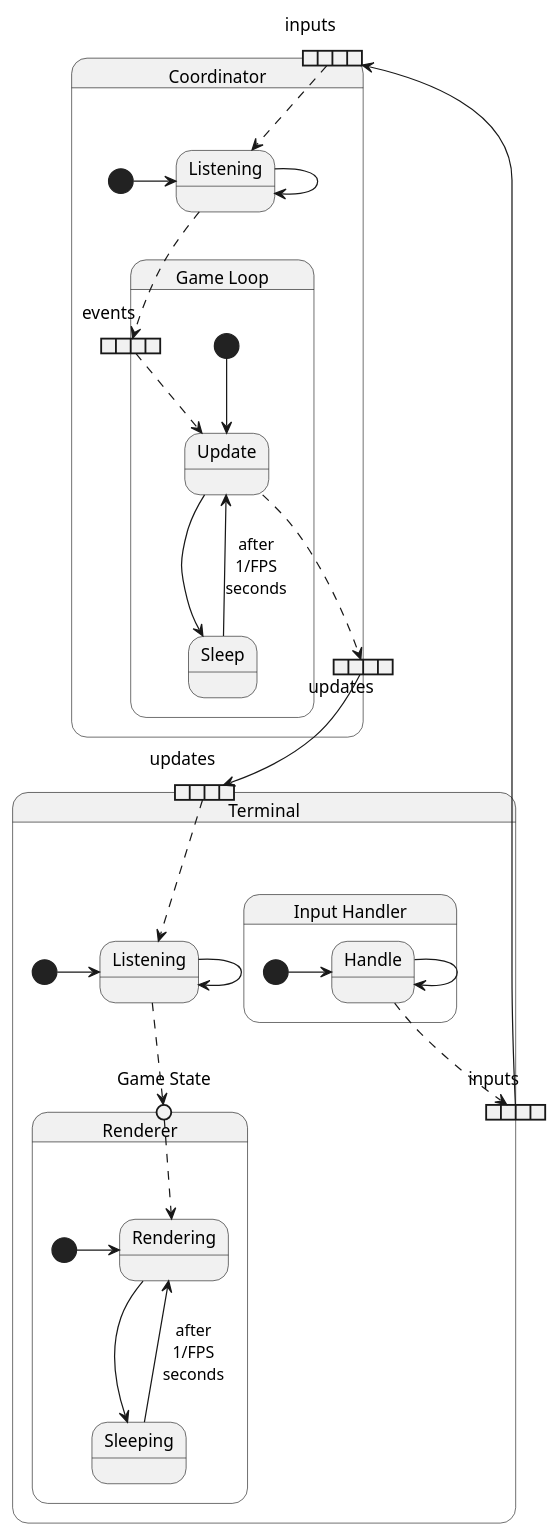
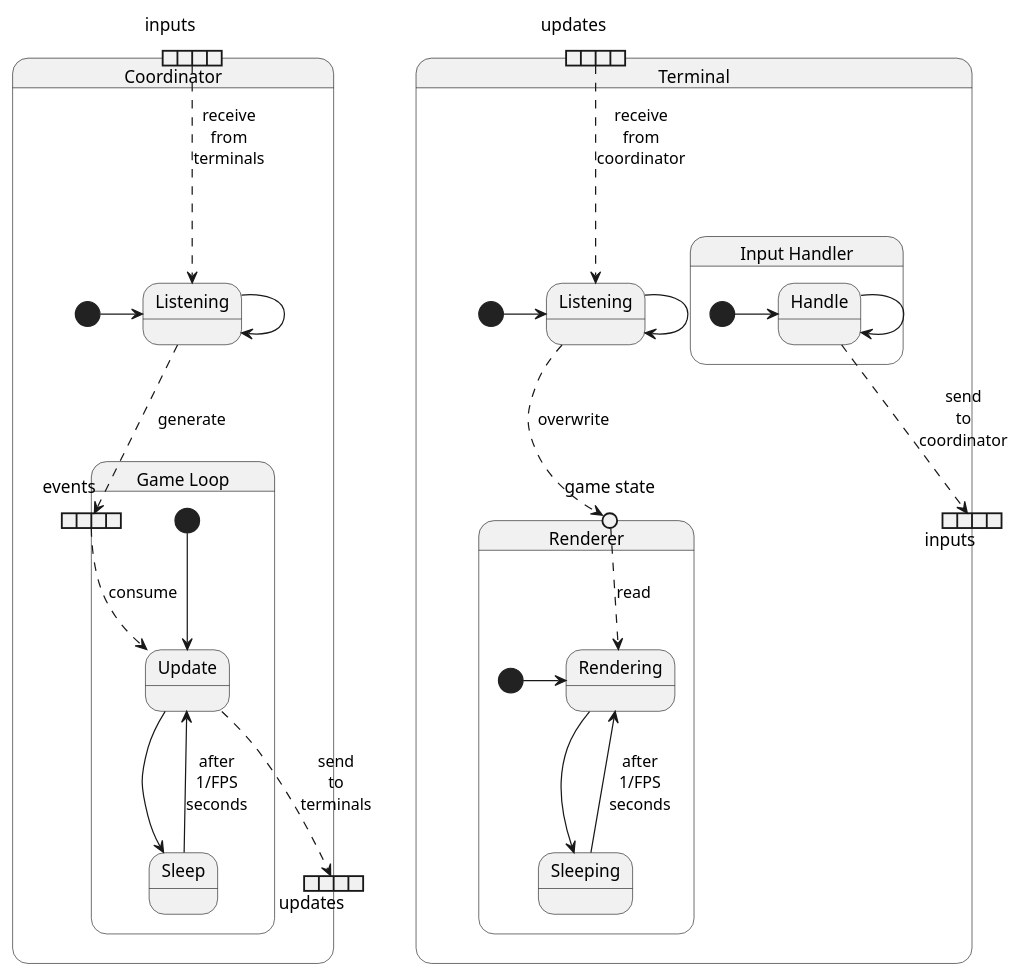
Before and after one commit to unibo-fc-isi-ds/slides-module2: the diagram in pong/state.puml, drawn with PlantUML. The commit also changed 11 other files, not shown here.

```diff
--- a/pong/state.puml
+++ b/pong/state.puml
@@ -1,55 +1,52 @@
 state Coordinator {
   state "inputs" as Cinputs <<expansionInput>> 
   state "updates" as Cupdates <<expansionOutput>>
   
   state "Listening" as ListeningInputs
 
   state "Game Loop" as GameLoop {
     state "events" as Cevents <<expansionInput>> 
     state "Update" as UpdateGame
 
     [*] --> UpdateGame
-    Cevents -[dashed]-> UpdateGame
+    Cevents -[dashed]-> UpdateGame: consume
     UpdateGame --> Sleep
     Sleep --> UpdateGame: after\n1/FPS\nseconds
-    UpdateGame -[dashed]-> Cupdates
+    UpdateGame -[dashed]-> Cupdates: send\nto\nterminals
   }
 
  
-  Cinputs -[dashed]-> ListeningInputs
-  ListeningInputs -[dashed]-> Cevents
+  Cinputs -[dashed]-> ListeningInputs: receive\nfrom\nterminals
+  ListeningInputs -[dashed]-> Cevents: generate
   [*] -r-> ListeningInputs
   ListeningInputs --> ListeningInputs
 }
 
 state Terminal {
   state "inputs" as Tinputs <<expansionOutput>>
   state "updates" as Tupdates <<expansionInput>>
 
   state "Listening" as ListeningUpdates
 
   state Renderer {
-    state "Game State" as GameState <<entryPoint>>
+    state "game state" as GameState <<entryPoint>>
 
     [*] -r-> Rendering
     Rendering --> Sleeping
     Sleeping --> Rendering: after\n1/FPS\nseconds
-    GameState -[dashed]-> Rendering
+    GameState -[dashed]-> Rendering: read
   }
 
   state "Input Handler" as InputHandler {
     [*] -r-> Handle
     Handle --> Handle
-    Handle -[dashed]-> Tinputs
+    Handle -[dashed]-> Tinputs: send\nto\ncoordinator
   }
 
-  Tupdates -[dashed]-> ListeningUpdates
-  ListeningUpdates -[dashed]-> GameState
+  Tupdates -[dashed]-> ListeningUpdates: receive\nfrom\ncoordinator
+  ListeningUpdates -[dashed]-> GameState: overwrite
   [*] -r-> ListeningUpdates
   ListeningUpdates --> ListeningUpdates
 }
 
-Tinputs --> Cinputs
-Cupdates --> Tupdates
-
-'Coordinator -r[hidden]-> Terminal
+Coordinator -r[hidden]-> Terminal
```
